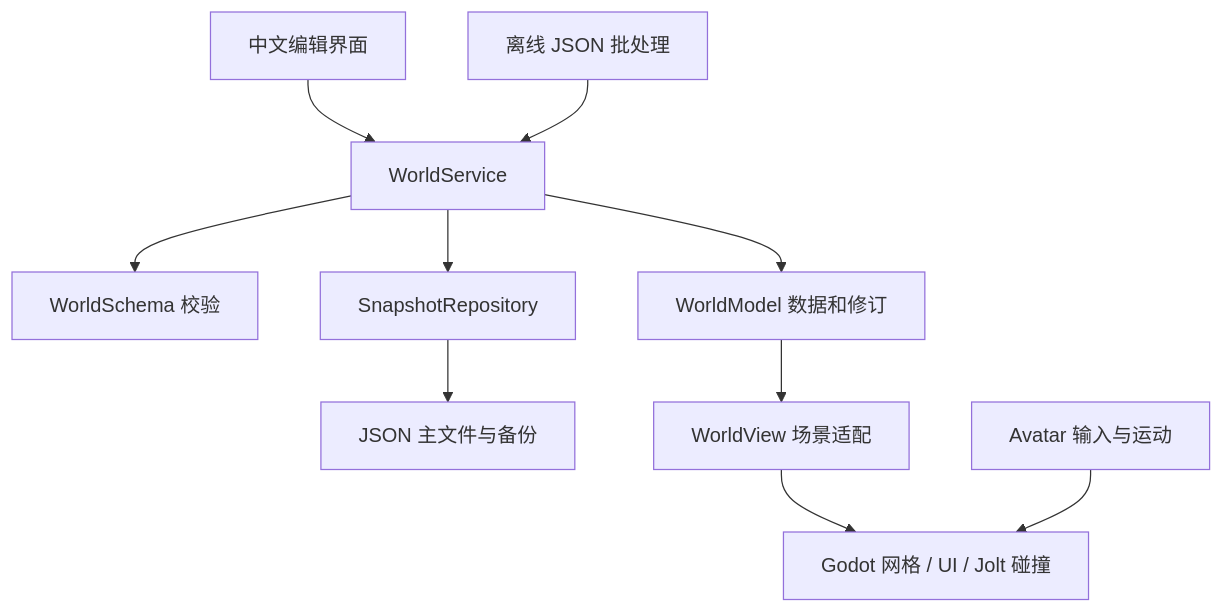
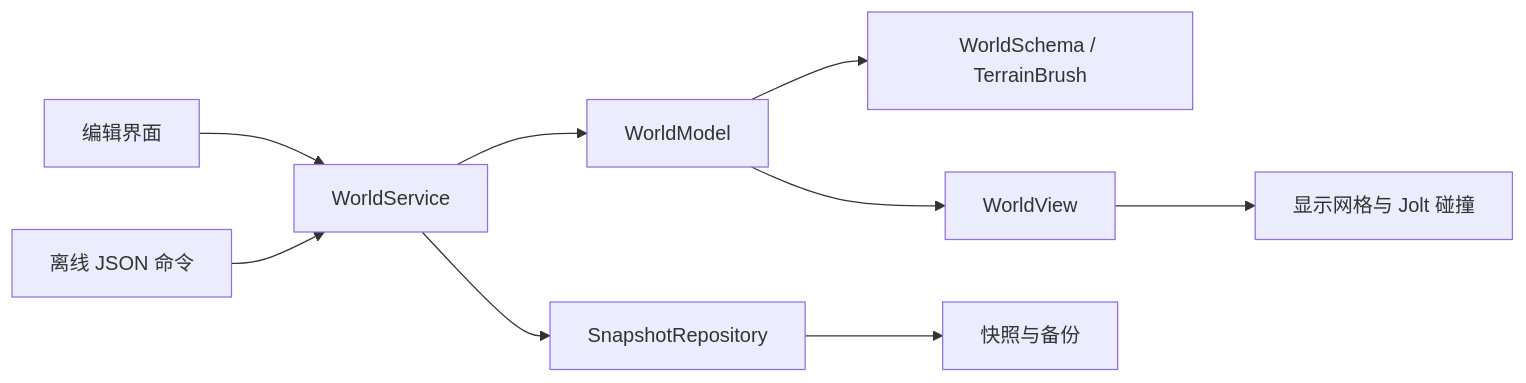
One commit to StarryLiu1122/OpenSim changed the diagram in prototype/docs/architecture-and-api.md. Above: the diagram before and after it, drawn with Mermaid. The commit also changed other lines of this file and 34 other files, not shown here.

````diff
--- a/prototype/docs/architecture-and-api.md
+++ b/prototype/docs/architecture-and-api.md
@@ -7,12 +7,11 @@
 ```mermaid
-flowchart TD
-    UI[中文编辑界面] --> S[WorldService]
-    CLI[离线 JSON 批处理] --> S
-    S --> V[WorldSchema 校验]
-    S --> M[WorldModel 数据和修订]
+flowchart LR
+    UI[编辑界面] --> S[WorldService]
+    CLI[离线 JSON 命令] --> S
+    S --> M[WorldModel]
+    M --> V[WorldSchema / TerrainBrush]
     S --> R[SnapshotRepository]
-    R --> F[JSON 主文件与备份]
-    M --> W[WorldView 场景适配]
-    W --> G[Godot 网格 / UI / Jolt 碰撞]
-    A[Avatar 输入与运动] --> G
+    R --> F[快照与备份]
+    M --> W[WorldView]
+    W --> G[显示网格与 Jolt 碰撞]
 ```
````
